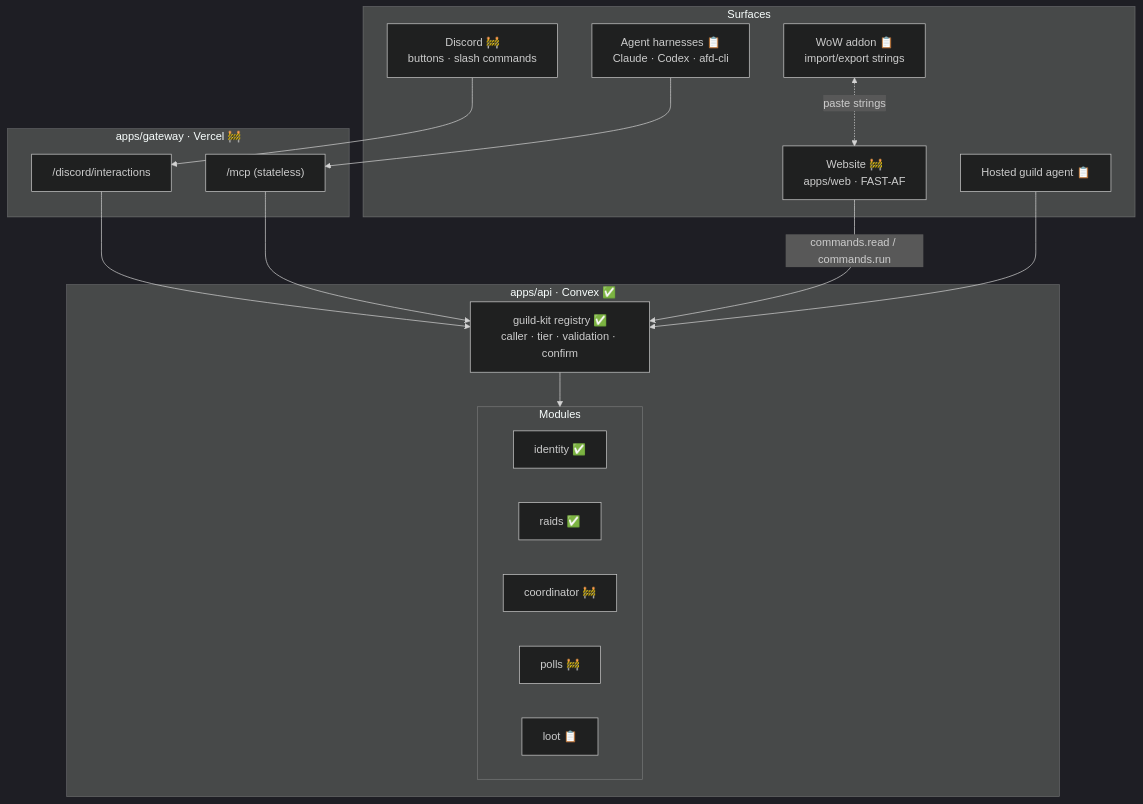
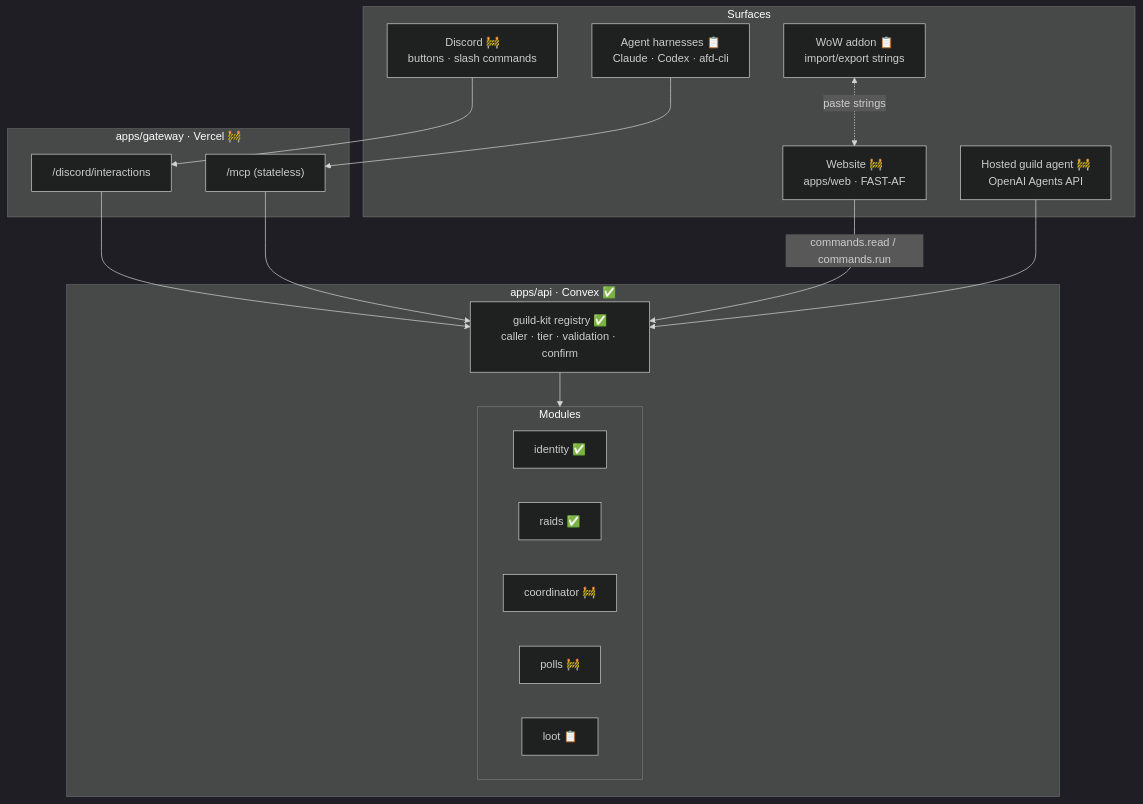
One commit to vintage-guild/vintage changed the first of 2 diagrams in docs/architecture.md. Above: the diagram before and after it, drawn with Mermaid (dark theme). The commit also changed other lines of this file and 71 other files, not shown here.

First line of the commit message:
feat(agent): hosted guild agent on the OpenAI Agents and Decisions APIs (#141)

````diff
--- a/docs/architecture.md
+++ b/docs/architecture.md
@@ -26,33 +26,33 @@
 ```mermaid
 flowchart TB
     subgraph Surfaces
         WEB["Website 🚧<br/>apps/web · FAST-AF"]
         DISCORD["Discord 🚧<br/>buttons · slash commands"]
         MCP["Agent harnesses 📋<br/>Claude · Codex · afd-cli"]
-        AGENT["Hosted guild agent 📋"]
+        AGENT["Hosted guild agent 🚧<br/>OpenAI Agents API"]
         ADDON["WoW addon 📋<br/>import/export strings"]
     end
 
     subgraph Gateway["apps/gateway · Vercel 🚧"]
         GMCP["/mcp (stateless)"]
         GDISC["/discord/interactions"]
     end
 
     subgraph API["apps/api · Convex ✅"]
         REG["guild-kit registry ✅<br/>caller · tier · validation · confirm"]
         subgraph Modules
             ID["identity ✅"]
             RAIDS["raids ✅"]
             COORD["coordinator 🚧"]
             POLLS["polls 🚧"]
             LOOT["loot 📋"]
         end
     end
 
     WEB -- "commands.read / commands.run" --> REG
     DISCORD --> GDISC --> REG
     MCP --> GMCP --> REG
     AGENT --> REG
     ADDON <-. "paste strings" .-> WEB
     REG --> Modules
 ```
````
